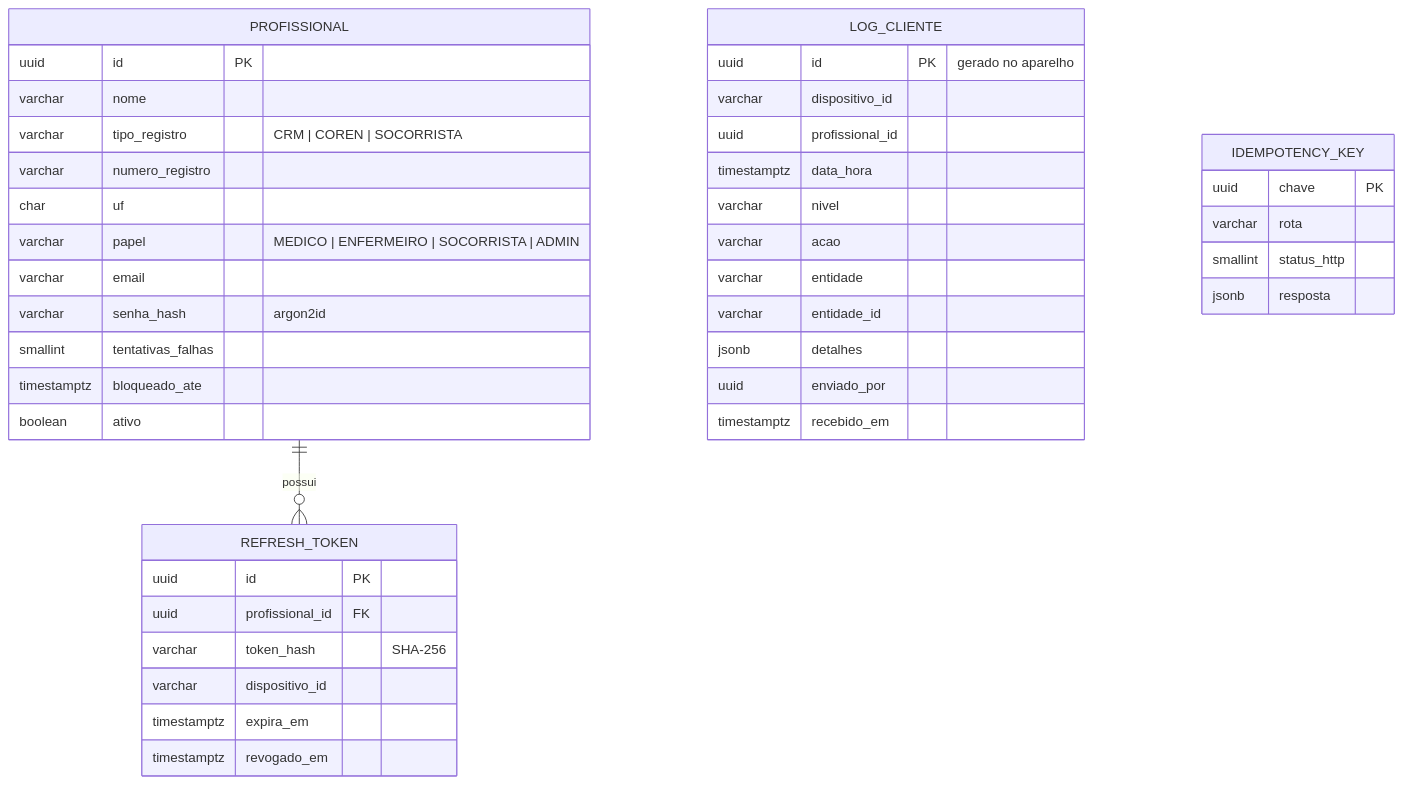
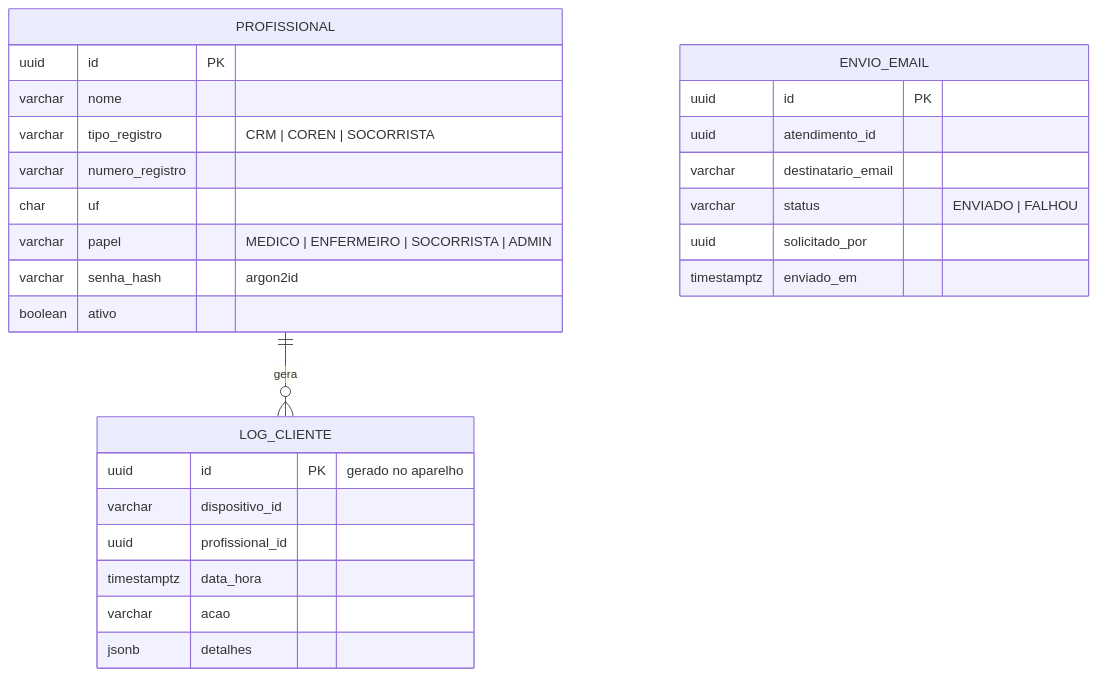
The second of 2 diagrams in docs/05-banco-de-dados.md (joaogehlen/MedicalField), drawn with Mermaid before and after one commit. The commit also changed other lines of this file and 40 other files, not shown here.

````diff
--- a/docs/05-banco-de-dados.md
+++ b/docs/05-banco-de-dados.md
@@ -220,44 +118,30 @@
 ```mermaid
 erDiagram
-    PROFISSIONAL ||--o{ REFRESH_TOKEN : possui
+    PROFISSIONAL ||--o{ LOG_CLIENTE : "gera"
     PROFISSIONAL {
         uuid id PK
         varchar nome
         varchar tipo_registro "CRM | COREN | SOCORRISTA"
         varchar numero_registro
         char uf
         varchar papel "MEDICO | ENFERMEIRO | SOCORRISTA | ADMIN"
-        varchar email
         varchar senha_hash "argon2id"
-        smallint tentativas_falhas
-        timestamptz bloqueado_ate
         boolean ativo
-    }
-    REFRESH_TOKEN {
-        uuid id PK
-        uuid profissional_id FK
-        varchar token_hash "SHA-256"
-        varchar dispositivo_id
-        timestamptz expira_em
-        timestamptz revogado_em
     }
     LOG_CLIENTE {
         uuid id PK "gerado no aparelho"
         varchar dispositivo_id
         uuid profissional_id
         timestamptz data_hora
-        varchar nivel
         varchar acao
-        varchar entidade
-        varchar entidade_id
         jsonb detalhes
-        uuid enviado_por
-        timestamptz recebido_em
     }
-    IDEMPOTENCY_KEY {
-        uuid chave PK
-        varchar rota
-        smallint status_http
-        jsonb resposta
+    ENVIO_EMAIL {
+        uuid id PK
+        uuid atendimento_id
+        varchar destinatario_email
+        varchar status "ENVIADO | FALHOU"
+        uuid solicitado_por
+        timestamptz enviado_em
     }
 ```
````
